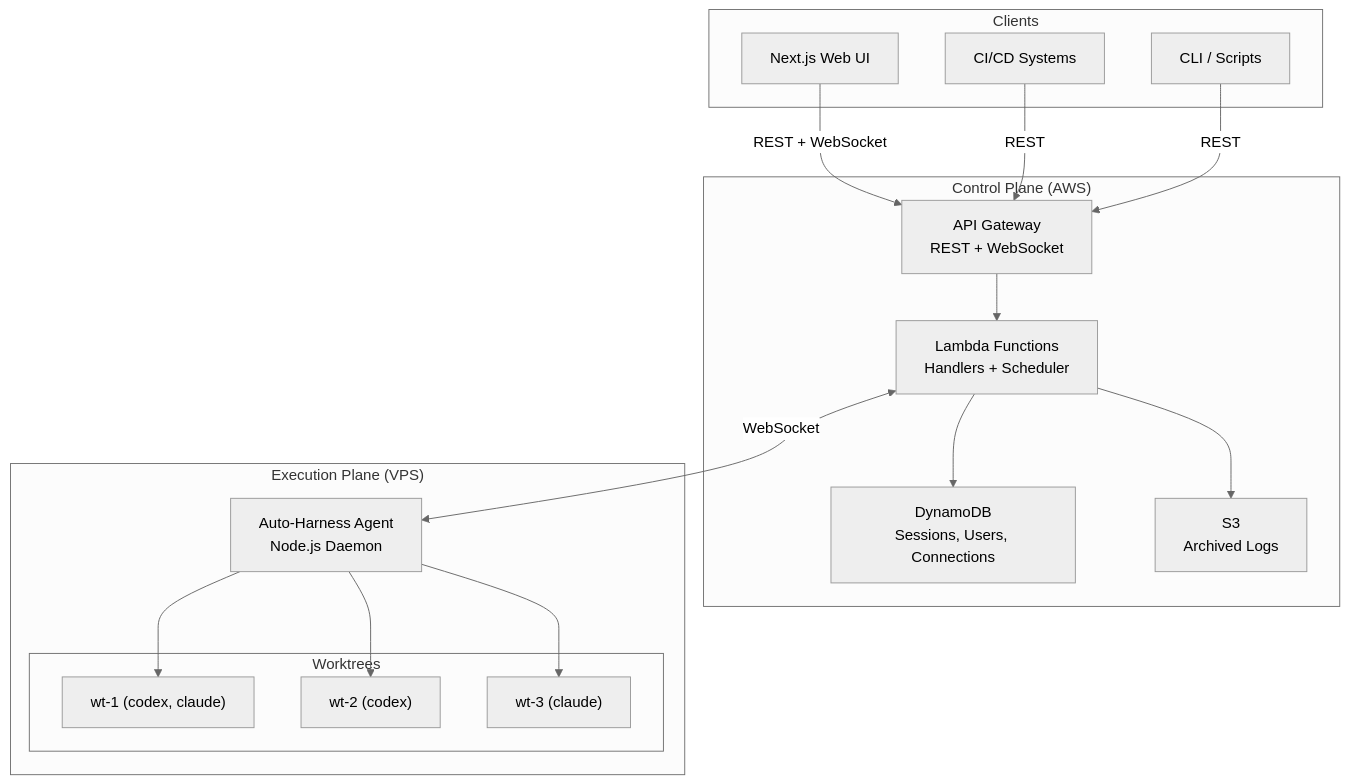
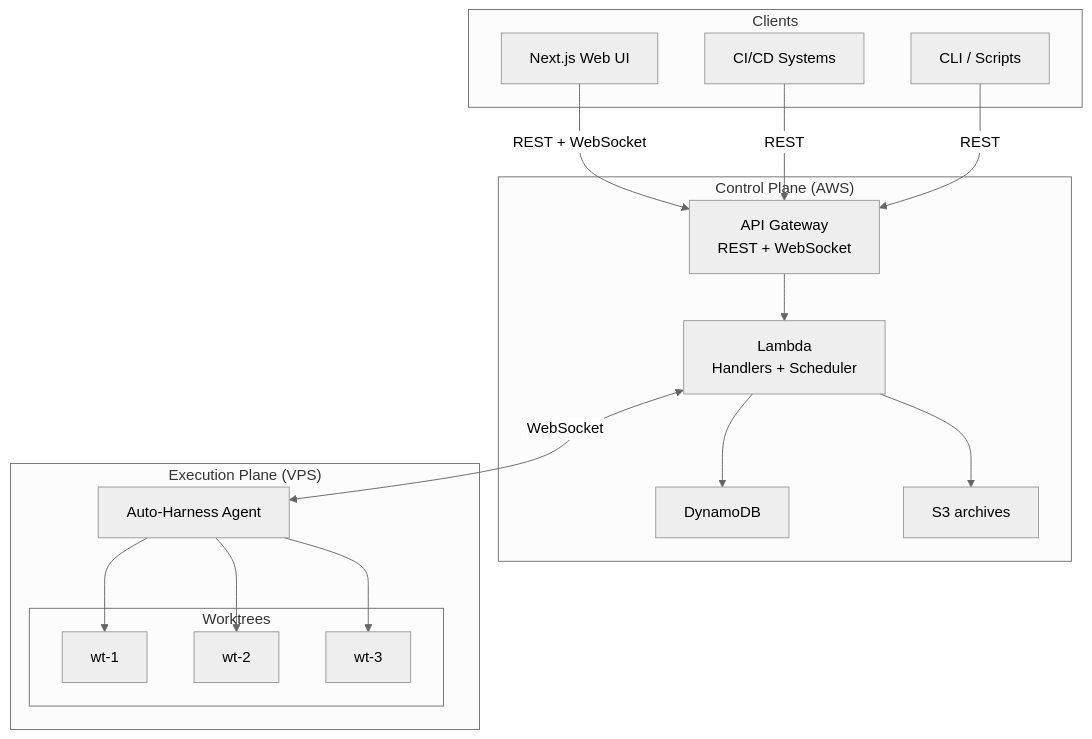
Before and after one commit to jonathanong/auto-harness: the first of 4 diagrams in docs/architecture.md, drawn with Mermaid (neutral theme). The commit also changed other lines of this file and 15 other files, not shown here.

First line of the commit message:
Document Auto Harness as execution plane for repo harnesses.

````diff
--- a/docs/architecture.md
+++ b/docs/architecture.md
@@ -10,35 +12,35 @@
 ```mermaid
 graph TB
     subgraph "Control Plane (AWS)"
         APIGW["API Gateway<br/>REST + WebSocket"]
-        Lambda["Lambda Functions<br/>Handlers + Scheduler"]
-        DDB["DynamoDB<br/>Sessions, Users, Connections"]
-        S3["S3<br/>Archived Logs"]
+        Lambda["Lambda<br/>Handlers + Scheduler"]
+        DDB["DynamoDB"]
+        S3["S3 archives"]
     end
 
     subgraph "Clients"
         WebUI["Next.js Web UI"]
         CI["CI/CD Systems"]
         CLI["CLI / Scripts"]
     end
 
     subgraph "Execution Plane (VPS)"
-        Agent["Auto-Harness Agent<br/>Node.js Daemon"]
+        Agent["Auto-Harness Agent"]
         subgraph "Worktrees"
-            WT1["wt-1 (codex, claude)"]
-            WT2["wt-2 (codex)"]
-            WT3["wt-3 (claude)"]
+            WT1["wt-1"]
+            WT2["wt-2"]
+            WT3["wt-3"]
         end
     end
 
     WebUI -->|REST + WebSocket| APIGW
     CI -->|REST| APIGW
     CLI -->|REST| APIGW
     APIGW --> Lambda
     Lambda --> DDB
     Lambda --> S3
     Lambda <-->|WebSocket| Agent
     Agent --> WT1
     Agent --> WT2
     Agent --> WT3
 ```
````
